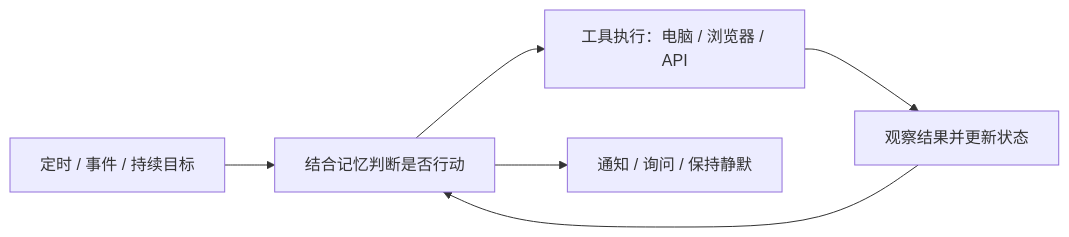
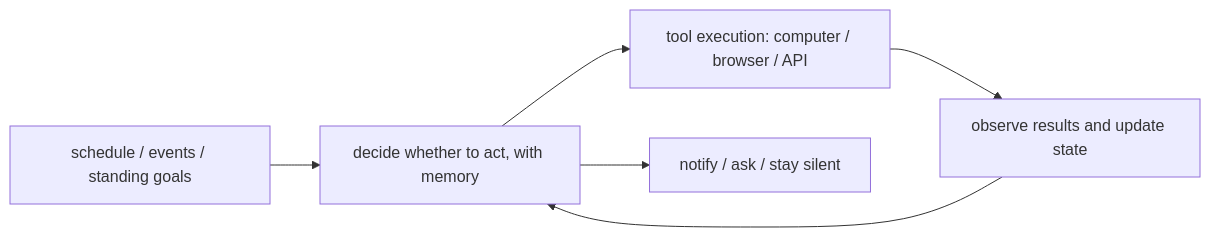
Before and after one commit to ZanePoe/awesome_bot: the diagram in README.md, drawn with Mermaid. The commit also changed other lines of this file and 68 other files, not shown here.

````diff
--- a/README.md
+++ b/README.md
@@ -13,8 +15,8 @@
 ```mermaid
 flowchart LR
-    T[定时 / 事件 / 持续目标] --> D[结合记忆判断是否行动]
-    D --> A[工具执行：电脑 / 浏览器 / API]
-    A --> O[观察结果并更新状态]
+    T[schedule / events / standing goals] --> D[decide whether to act, with memory]
+    D --> A[tool execution: computer / browser / API]
+    A --> O[observe results and update state]
     O --> D
-    D --> H[通知 / 询问 / 保持静默]
+    D --> H[notify / ask / stay silent]
 ```
````
